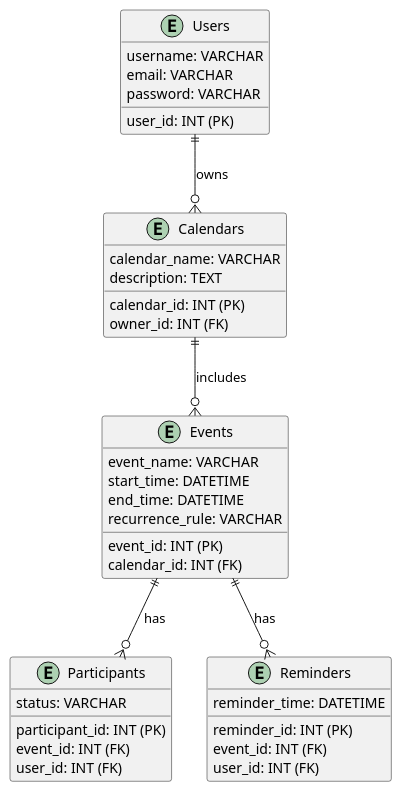
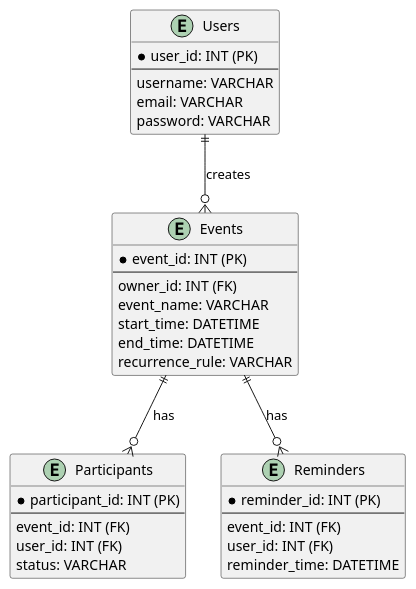
The diagram in high_traffic_calendar/high_traffic_calendar_database_design.puml (huangyingw/system_design), drawn with PlantUML before and after one commit.

```diff
--- a/high_traffic_calendar/high_traffic_calendar_database_design.puml
+++ b/high_traffic_calendar/high_traffic_calendar_database_design.puml
@@ -1,45 +1,41 @@
 @startuml
 
-entity "Users" {
-  user_id: INT (PK)
+entity "Users" as U {
+  *user_id: INT (PK)
+  --
   username: VARCHAR
   email: VARCHAR
   password: VARCHAR
 }
 
-entity "Calendars" {
-  calendar_id: INT (PK)
-  calendar_name: VARCHAR
+entity "Events" as E {
+  *event_id: INT (PK)
+  --
   owner_id: INT (FK)
-  description: TEXT
-}
-
-entity "Events" {
-  event_id: INT (PK)
-  calendar_id: INT (FK)
   event_name: VARCHAR
   start_time: DATETIME
   end_time: DATETIME
   recurrence_rule: VARCHAR
 }
 
-entity "Participants" {
-  participant_id: INT (PK)
+entity "Participants" as P {
+  *participant_id: INT (PK)
+  --
   event_id: INT (FK)
   user_id: INT (FK)
   status: VARCHAR
 }
 
-entity "Reminders" {
-  reminder_id: INT (PK)
+entity "Reminders" as R {
+  *reminder_id: INT (PK)
+  --
   event_id: INT (FK)
   user_id: INT (FK)
   reminder_time: DATETIME
 }
 
-Users ||--o{ Calendars : owns
-Calendars ||--o{ Events : includes
-Events ||--o{ Participants : has
-Events ||--o{ Reminders : has
+U ||--o{ E : creates
+E ||--o{ P : has
+E ||--o{ R : has
 
 @enduml
```
